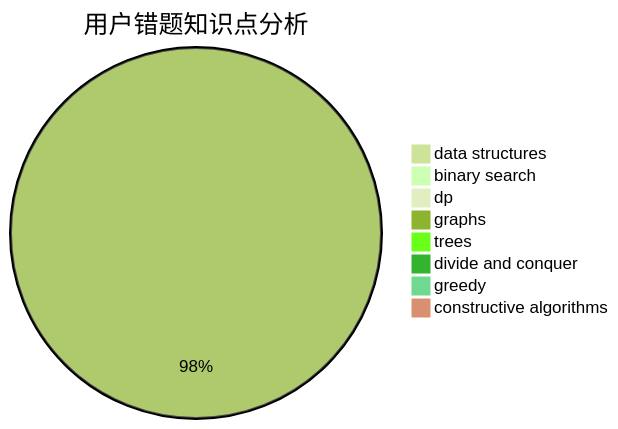
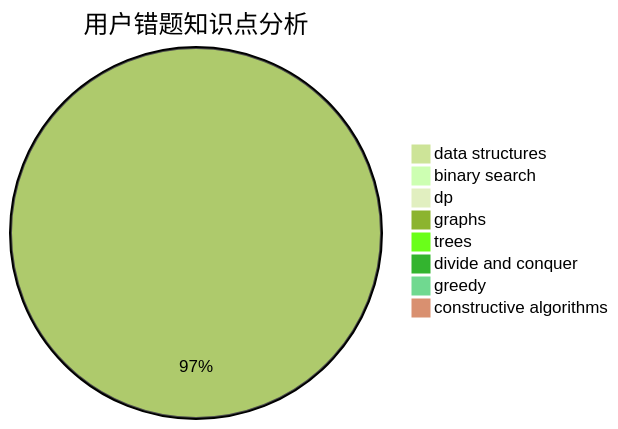
Before and after one commit to sherpahu/cfrs.github.io: the third of 3 diagrams in docs/user/u549.md, drawn with Mermaid (forest theme). The commit also changed other lines of this file and 2770 other files, not shown here.

````diff
--- a/docs/user/u549.md
+++ b/docs/user/u549.md
@@ -36,11 +36,11 @@
 ```mermaid
 pie title 用户错题知识点分析
-    "data structures" :  4
+    "data structures" :  6
     "binary search" :  0
     "dp" :  8
     "graphs" :  1612
     "trees" :  2
     "divide and conquer" :  0
     "greedy" :  14
     "constructive algorithms" :  12
 ```
````
